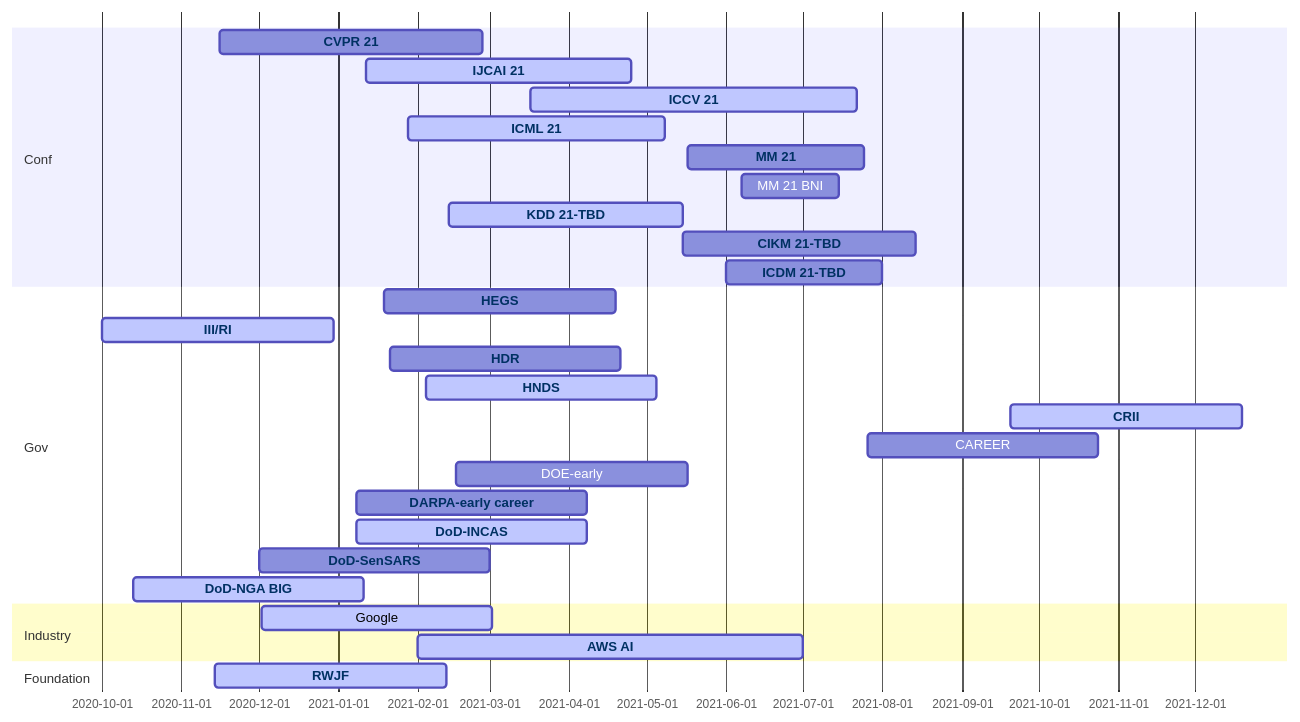
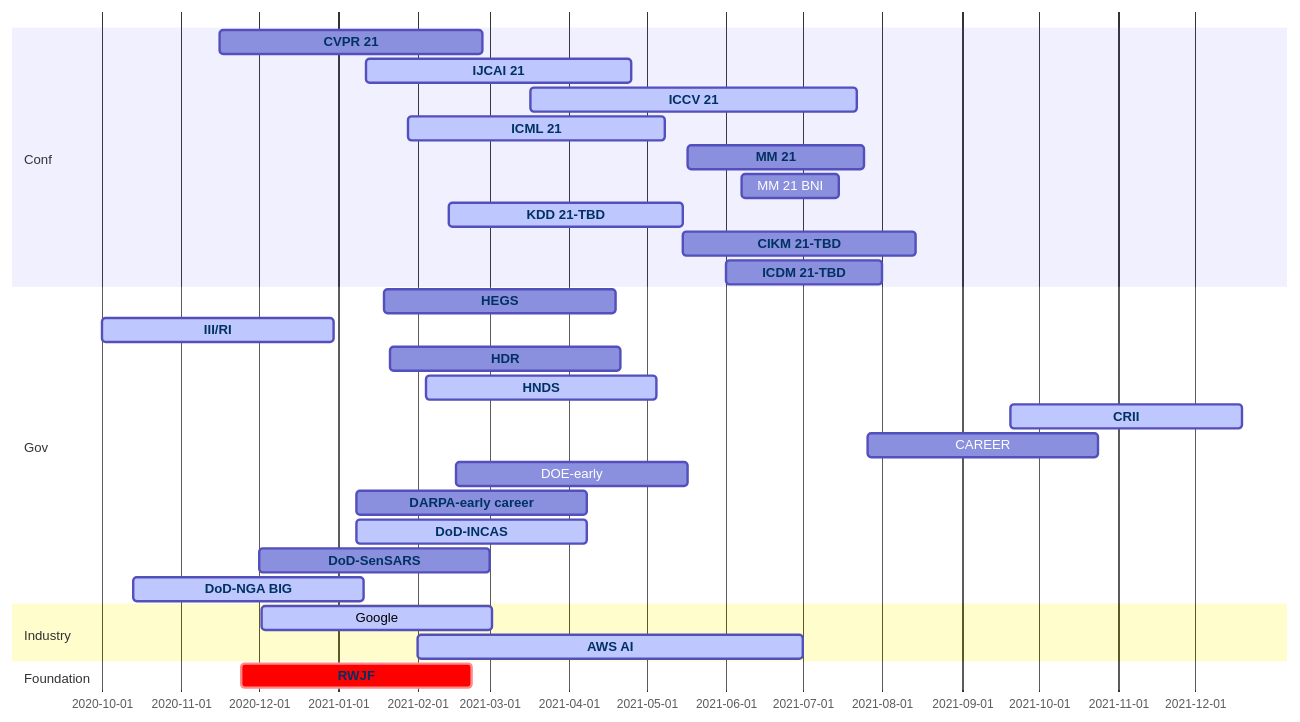
Before and after one commit to aquastar/academic-kickstart: the diagram in content/post/conf/index.md, drawn with Mermaid.

````diff
--- a/content/post/conf/index.md
+++ b/content/post/conf/index.md
@@ -16,54 +16,54 @@
 ```mermaid
 gantt
   dateFormat  MM/DD/YY
   section Conf
     CVPR 21 :cvpr, 11/16/20, 02/26/21
     IJCAI 21 :active, ijcai, 01/12/21, 04/25/21
     ICCV 21 :active, 03/17/21, 07/22/21
     ICML 21:active, icml, 01/28/21, 05/08/21
     MM 21:mm, 05/17/21, 07/25/21
     MM 21 BNI:mmbni, 06/07/21, 07/15/21
     KDD 21-TBD:active, kdd, 02/13/21, 05/15/21
     CIKM 21-TBD:cikm, 05/15/21, 08/14/21
     ICDM 21-TBD:icdm, 06/01/21, 08/01/21
   section Gov
     HEGS: hegs, 01/19/21, 90d
     III/RI:active, iis, 10/01/20, 90d
     HDR :hdr, 01/21/21, 90d
     HNDS :active, hnds, 02/04/21, 90d
     CRII :active, crii, 09/20/21, 90d 
     CAREER:career, 07/26/21, 90d
     DOE-early:doe, 02/16/21, 90d 
     DARPA-early career:  darpa, 01/08/21, 90d
     DoD-INCAS:active,  incas, 01/08/21, 90d
     DoD-SenSARS: sensars, 12/01/20, 90d
     DoD-NGA BIG:active, nga, 10/13/20, 90d
   section Industry
     Google:active,  google, 12/02/20, 90d
     AWS AI:active,  aws, 02/01/21, 07/01/21
   section Foundation
-    RWJF :active, rwjf, 11/14/20, 90d
+    RWJF :crit, rwjf, 11/24/20, 90d
 
 
   click nga href "https://beta.sam.gov/opp/3c218648f9f04658840e478a7f1048e1/view?keywords=HM0476-20-BAA-0001&sort=-relevance&index=&is_active=true&page=1"
   click sensars href "https://beta.sam.gov/opp/a84f1af107334afcbf39d885d8f668a3/view"
   click aws href "https://www.amazon.science/research-awards/call-for-proposals/aws-ai"
   click incas href "https://beta.sam.gov/opp/6bbca26d91df4eff96b4edfa2386c35f/view?keywords=incas&sort=-relevance&index=&is_active=true&page=1"
   click darpa href "https://www.darpa.mil/work-with-us/for-universities/young-faculty-award"
   click deo href "https://www.grants.gov/web/grants/search-grants.html"
   click cvpr href "http://cvpr2021.thecvf.com/"
   click iccv href "http://iccv2021.thecvf.com/"
   click icml href "https://icml.cc/Conferences/2021"
   click ijcai href "http://www.ijcai-21.org/"
   click kdd href "http://www.kdd.org/kdd2021"
   click www href "https://www2021.thewebconf.org/"
   click cikm href "https://www.cikm2021.org/"
   click icdm href "http://icdm2021.bigke.org"
   click mm href "https://2020.acmmm.org/index.html"
   click crii href "https://www.nsf.gov/funding/pgm_summ.jsp?pims_id=504952"
   click hdr href "https://www.nsf.gov/funding/pgm_summ.jsp?pims_id=505828&org=NSF&sel_org=CISE&from=fund"
   click hnds href "https://www.nsf.gov/funding/pgm_summ.jsp?pims_id=505702"
   click rwjf href "https://anr.rwjf.org/viewCfp.do?cfpId=1509&cfpOverviewId="
   click iis href "https://www.nsf.gov/funding/pgm_summ.jsp?pims_id=505667&org=NSF"
   click hegs href "https://www.nsf.gov/funding/pgm_summ.jsp?pims_id=505745&org=NSF&sel_org=NSF&from=fund"
 ```
````
